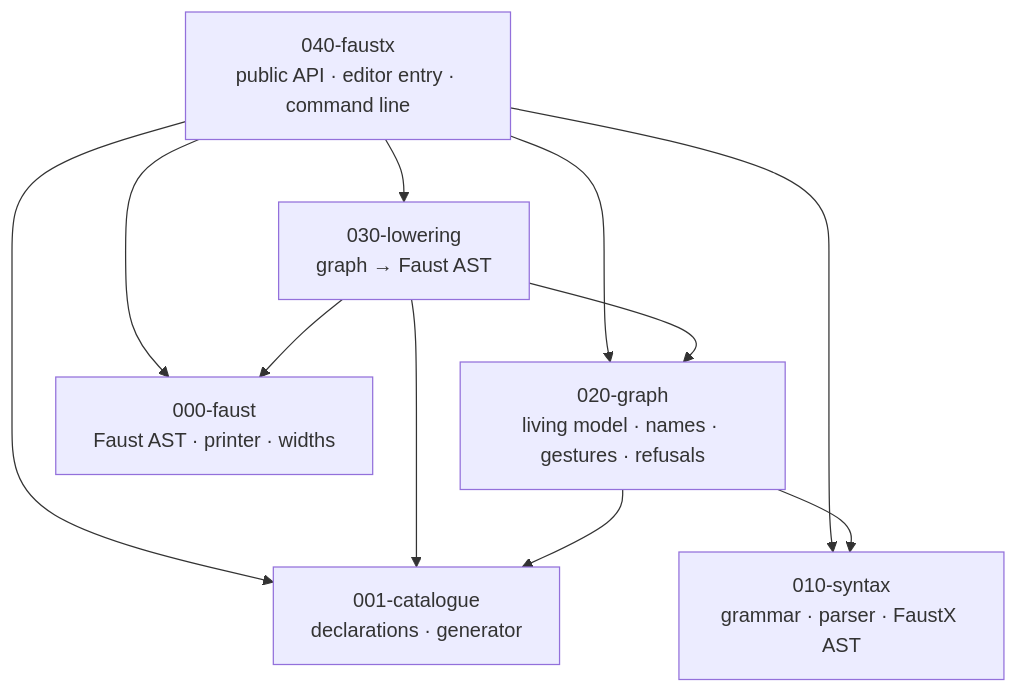
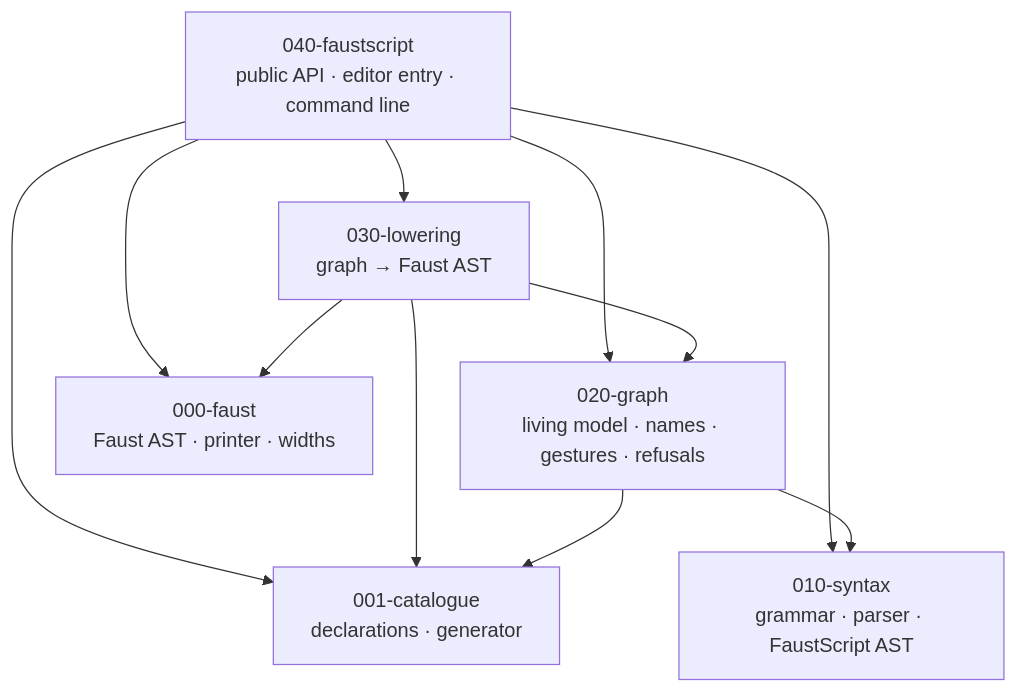
The second of 3 diagrams in docs/ARCHITECTURE.md (roomi-fields/faustscript), drawn with Mermaid before and after one commit. The commit also changed other lines of this file and 66 other files, not shown here.

First line of the commit message:
refactor: FaustX is renamed FaustScript, its files end in .fsc (faustx-zj5.47)

````diff
--- a/docs/ARCHITECTURE.md
+++ b/docs/ARCHITECTURE.md
@@ -41,19 +41,19 @@
 ```mermaid
 flowchart TD
-  p040[040-faustx<br>public API · editor entry · command line]
+  p040[040-faustscript<br>public API · editor entry · command line]
   p030[030-lowering<br>graph → Faust AST]
   p020[020-graph<br>living model · names · gestures · refusals]
-  p010[010-syntax<br>grammar · parser · FaustX AST]
+  p010[010-syntax<br>grammar · parser · FaustScript AST]
   p001[001-catalogue<br>declarations · generator]
   p000[000-faust<br>Faust AST · printer · widths]
   p040 --> p030
   p040 --> p020
   p040 --> p010
   p040 --> p001
   p040 --> p000
   p030 --> p020
   p030 --> p001
   p030 --> p000
   p020 --> p010
   p020 --> p001
 ```
````
